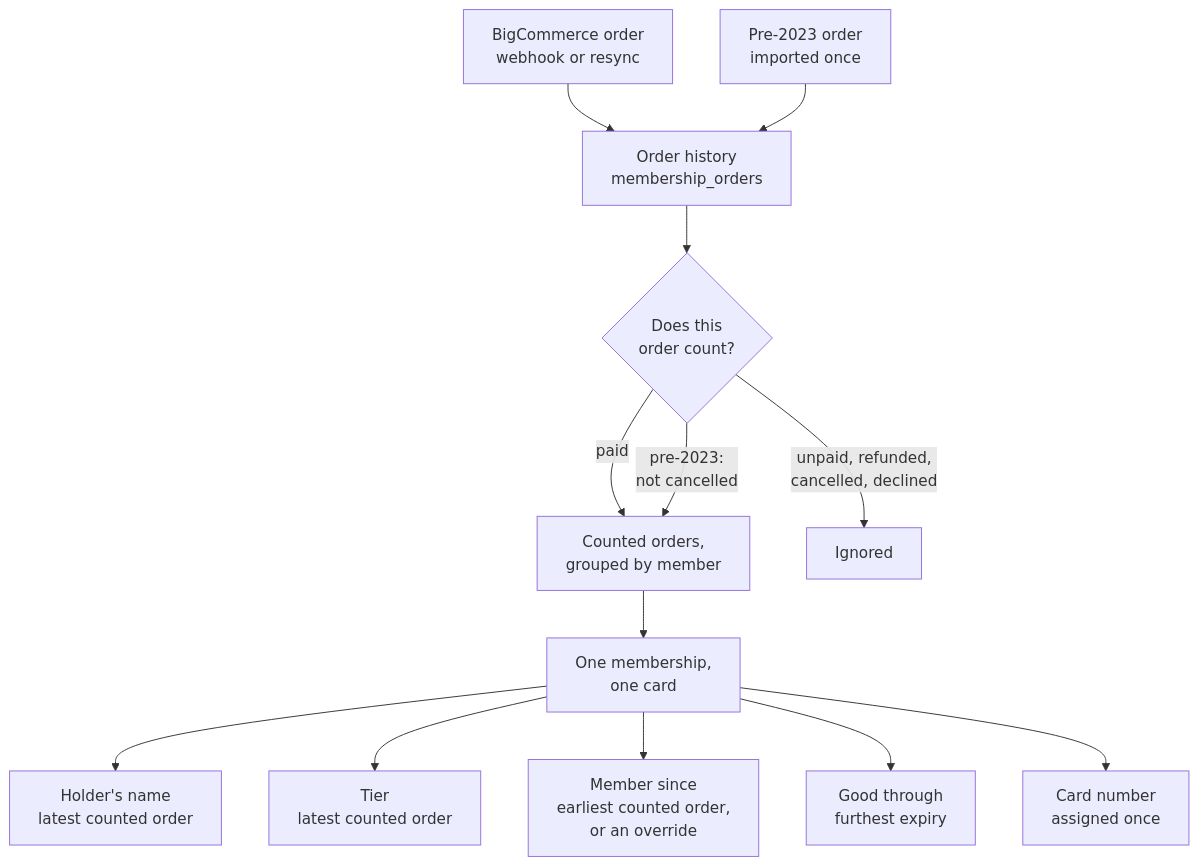
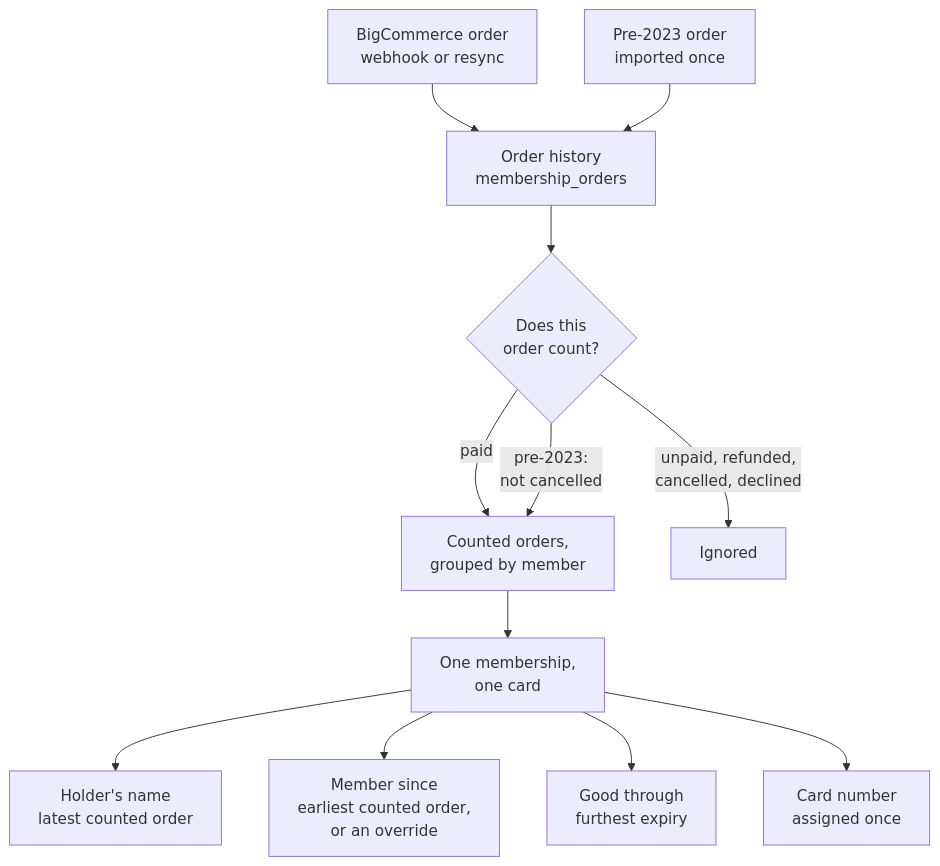
Before and after one commit to los-verdes/card-losverd-es: the first of 2 diagrams in docs/membership-card-provenance.md, drawn with Mermaid. The commit also changed other lines of this file and 33 other files, not shown here.

````diff
--- a/docs/membership-card-provenance.md
+++ b/docs/membership-card-provenance.md
@@ -55,20 +55,19 @@
 ```mermaid
 %% Keep every label to a few words a line. Mermaid no longer grows a box to
 %% fit its text (mermaid-js/mermaid#7354), so a long label is silently clipped
 %% when this renders on GitHub. Detail belongs in the prose, not in the boxes.
 flowchart TD
     BC["BigCommerce order<br/>webhook or resync"] --> HIST
     SQ["Pre-2023 order<br/>imported once"] --> HIST
     HIST["Order history<br/>membership_orders"]
     HIST --> COUNT{"Does this<br/>order count?"}
     COUNT -->|"paid"| KEEP
     COUNT -->|"pre-2023:<br/>not cancelled"| KEEP
     COUNT -->|"unpaid, refunded,<br/>cancelled, declined"| DROP["Ignored"]
     KEEP["Counted orders,<br/>grouped by member"]
     KEEP --> CARD["One membership,<br/>one card"]
     CARD --> F1["Holder's name<br/>latest counted order"]
-    CARD --> F2["Tier<br/>latest counted order"]
-    CARD --> F3["Member since<br/>earliest counted order,<br/>or an override"]
-    CARD --> F4["Good through<br/>furthest expiry"]
-    CARD --> F5["Card number<br/>assigned once"]
+    CARD --> F2["Member since<br/>earliest counted order,<br/>or an override"]
+    CARD --> F3["Good through<br/>furthest expiry"]
+    CARD --> F4["Card number<br/>assigned once"]
 ```
````
